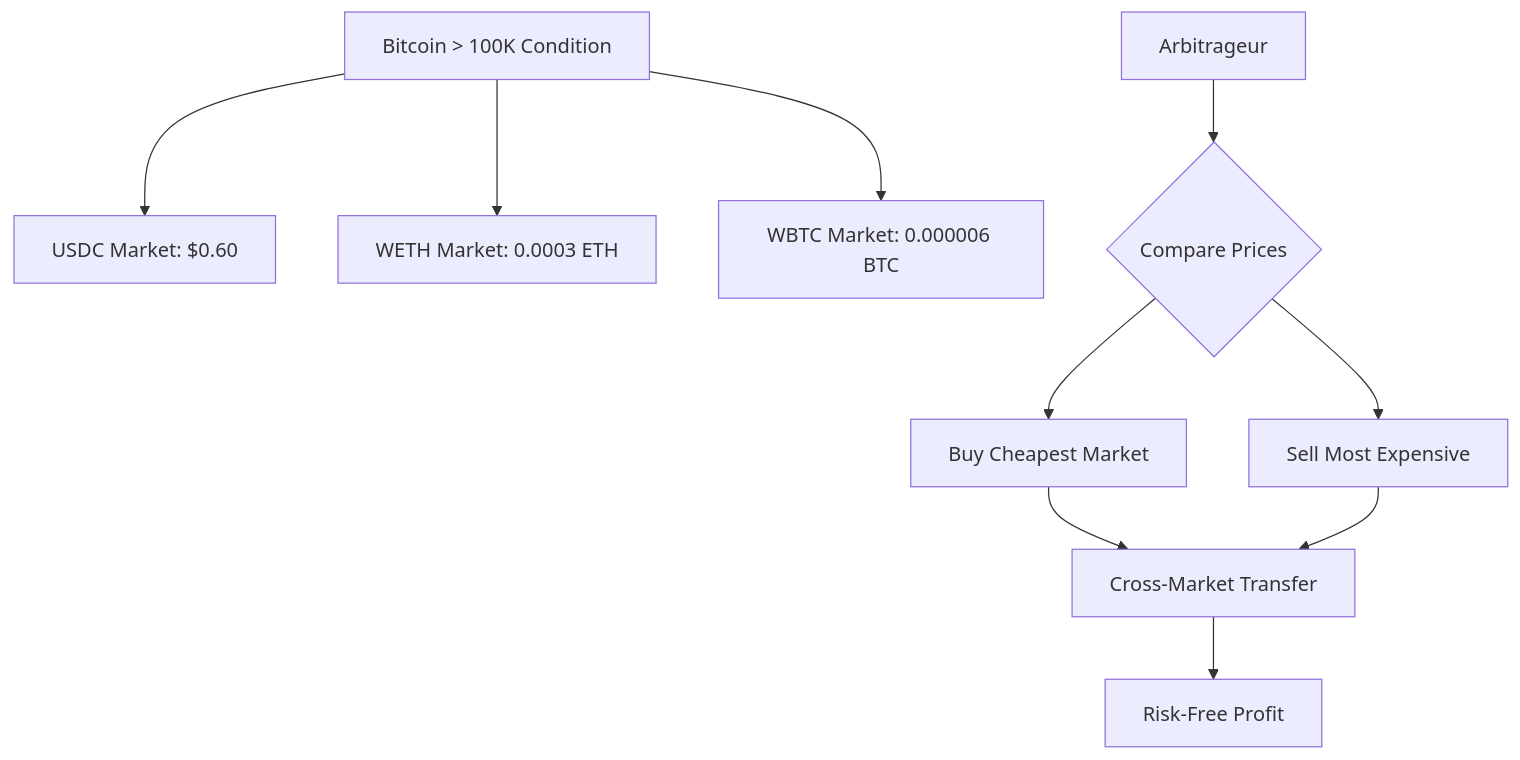
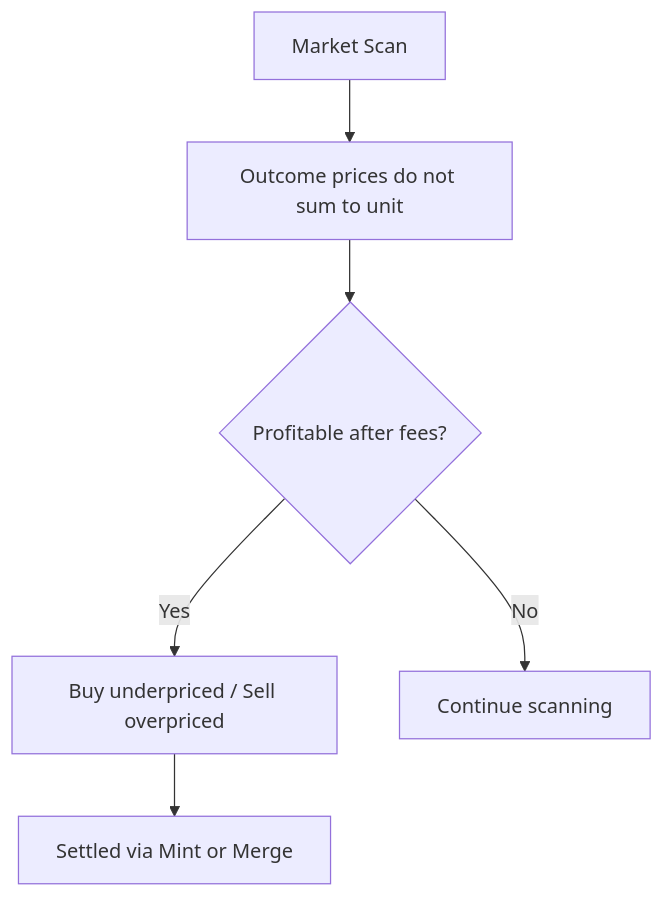
One commit to Doefin/doefin-v2 changed the second of 5 diagrams in docs/flows/CONDITION_LIFECYCLE.md. Above: the diagram before and after it, drawn with Mermaid. The commit also changed other lines of this file and 8 other files, not shown here.

First line of the commit message:
docs: refresh architecture and flow docs for v3 contract state

````diff
--- a/docs/flows/CONDITION_LIFECYCLE.md
+++ b/docs/flows/CONDITION_LIFECYCLE.md
@@ -699,14 +702,8 @@
 ```mermaid
 graph TD
-    A["Bitcoin > 100K Condition"] --> B["USDC Market: $0.60"]
-    A --> C["WETH Market: 0.0003 ETH"] 
-    A --> D["WBTC Market: 0.000006 BTC"]
-    
-    E[Arbitrageur] --> F{Compare Prices}
-    F --> G[Buy Cheapest Market]
-    F --> H[Sell Most Expensive]
-    
-    G --> I[Cross-Market Transfer]
-    H --> I
-    I --> J[Risk-Free Profit]
+    A[Market Scan] --> B[Outcome prices do not sum to unit]
+    B --> C{Profitable after fees?}
+    C -->|Yes| D[Buy underpriced / Sell overpriced]
+    C -->|No| E[Continue scanning]
+    D --> F[Settled via Mint or Merge]
 ```
````
